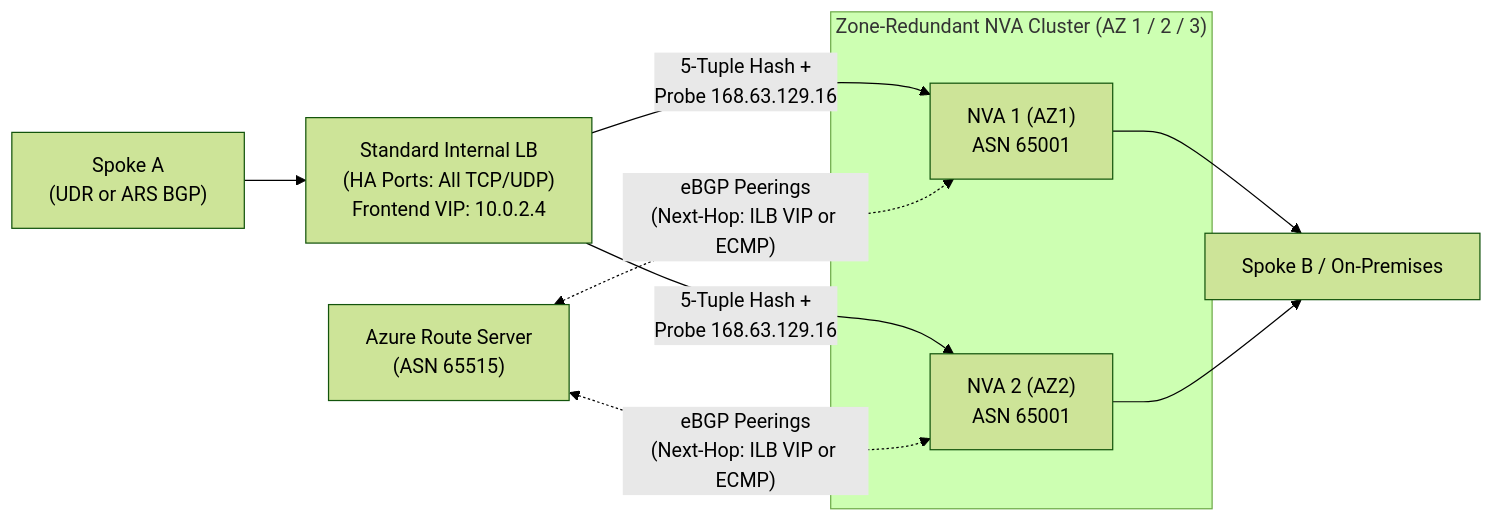
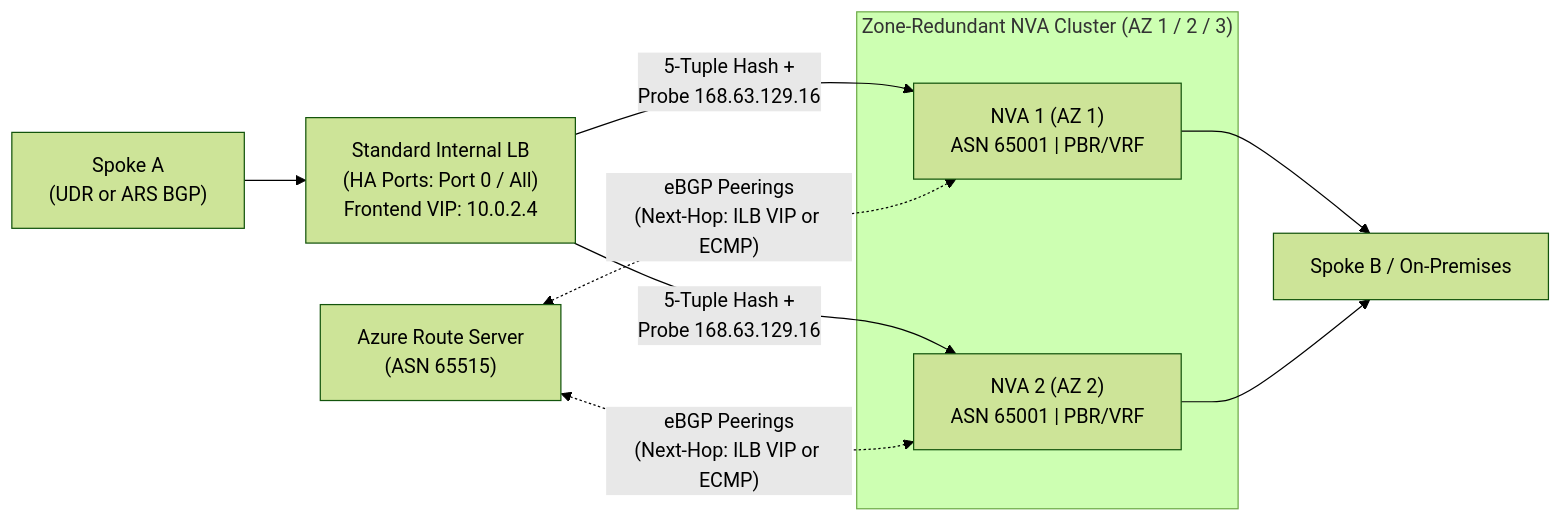
The first of 2 diagrams in src/content/docs/04-network-security/firewall-and-nva-patterns.md (jonathan-vella/azure-networking), drawn with Mermaid (forest theme) before and after one commit. The commit also changed other lines of this file and 13 other files, not shown here.

````diff
--- a/src/content/docs/04-network-security/firewall-and-nva-patterns.md
+++ b/src/content/docs/04-network-security/firewall-and-nva-patterns.md
@@ -101,11 +135,11 @@
 ```mermaid
 flowchart LR
-  SPOKE1["Spoke A<br/>(UDR or ARS BGP)"] --> ILB["Standard Internal LB<br/>(HA Ports: All TCP/UDP)<br/>Frontend VIP: 10.0.2.4"]
+  SPOKE1["Spoke A<br/>(UDR or ARS BGP)"] --> ILB["Standard Internal LB<br/>(HA Ports: Port 0 / All)<br/>Frontend VIP: 10.0.2.4"]
   subgraph NVA_CLUSTER["Zone-Redundant NVA Cluster (AZ 1 / 2 / 3)"]
-    NVA1["NVA 1 (AZ1)<br/>ASN 65001"]
-    NVA2["NVA 2 (AZ2)<br/>ASN 65001"]
+    NVA1["NVA 1 (AZ 1)<br/>ASN 65001 | PBR/VRF"]
+    NVA2["NVA 2 (AZ 2)<br/>ASN 65001 | PBR/VRF"]
   end
   ILB -- "5-Tuple Hash +<br/>Probe 168.63.129.16" --> NVA1 & NVA2
   ARS["Azure Route Server<br/>(ASN 65515)"] <-. "eBGP Peerings<br/>(Next-Hop: ILB VIP or ECMP)" .-> NVA1 & NVA2
   NVA1 & NVA2 --> SPOKE2["Spoke B / On-Premises"]
 ```
````
